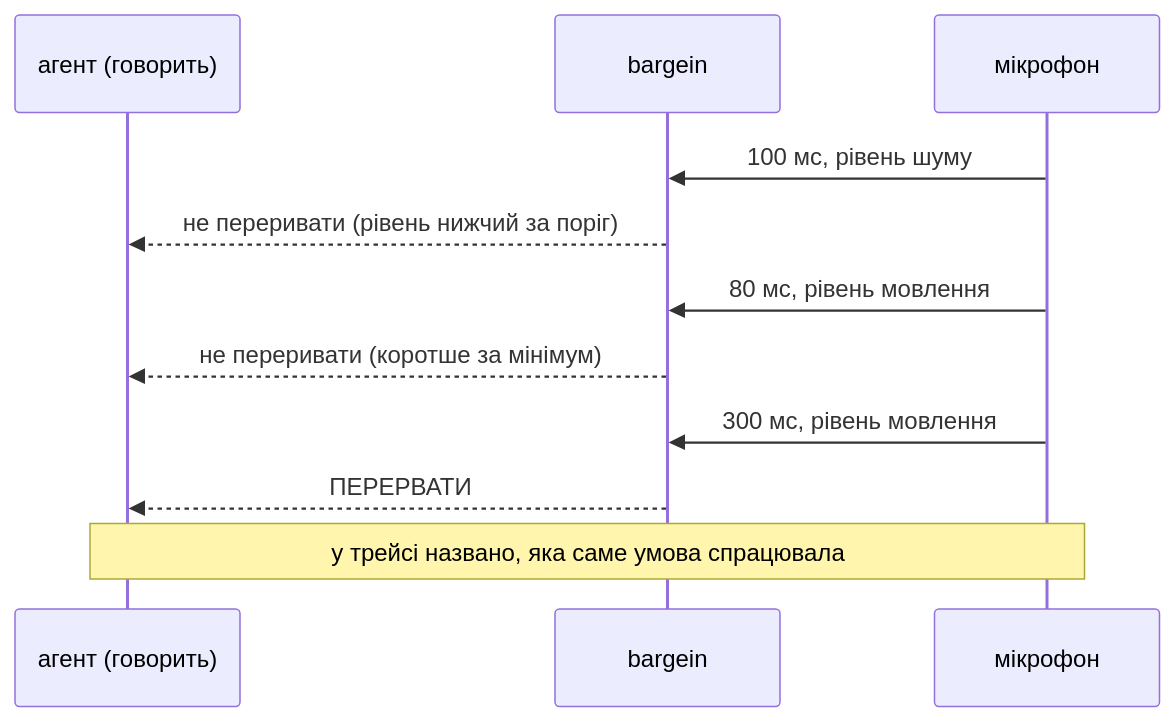
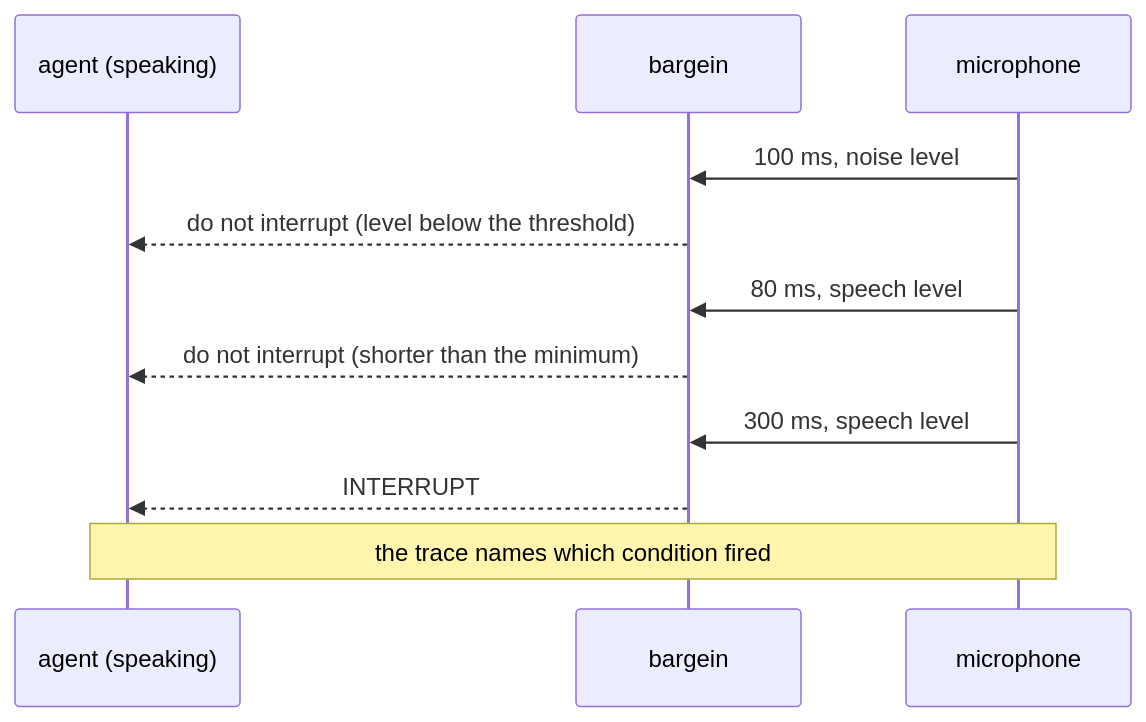
The fifth of 5 diagrams in docs/features/s07-voice/sad.md (AZANIR/agentic-ai), drawn with Mermaid before and after one commit. The commit also changed other lines of this file and 245 other files, not shown here.

````diff
--- a/docs/features/s07-voice/sad.md
+++ b/docs/features/s07-voice/sad.md
@@ -213,16 +215,16 @@
 ```mermaid
 sequenceDiagram
-    participant A as агент (говорить)
+    participant A as agent (speaking)
     participant B as bargein
-    participant M as мікрофон
+    participant M as microphone
 
-    M->>B: 100 мс, рівень шуму
-    B-->>A: не переривати (рівень нижчий за поріг)
+    M->>B: 100 ms, noise level
+    B-->>A: do not interrupt (level below the threshold)
 
-    M->>B: 80 мс, рівень мовлення
-    B-->>A: не переривати (коротше за мінімум)
+    M->>B: 80 ms, speech level
+    B-->>A: do not interrupt (shorter than the minimum)
 
-    M->>B: 300 мс, рівень мовлення
-    B-->>A: ПЕРЕРВАТИ
-    Note over A,M: у трейсі названо, яка саме умова спрацювала
+    M->>B: 300 ms, speech level
+    B-->>A: INTERRUPT
+    Note over A,M: the trace names which condition fired
 ```
````
